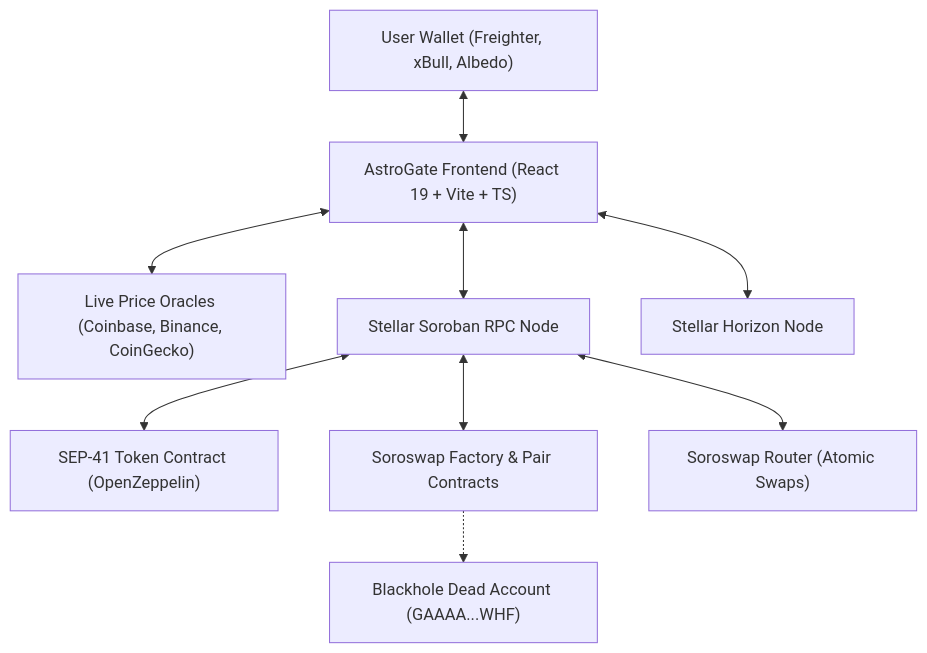
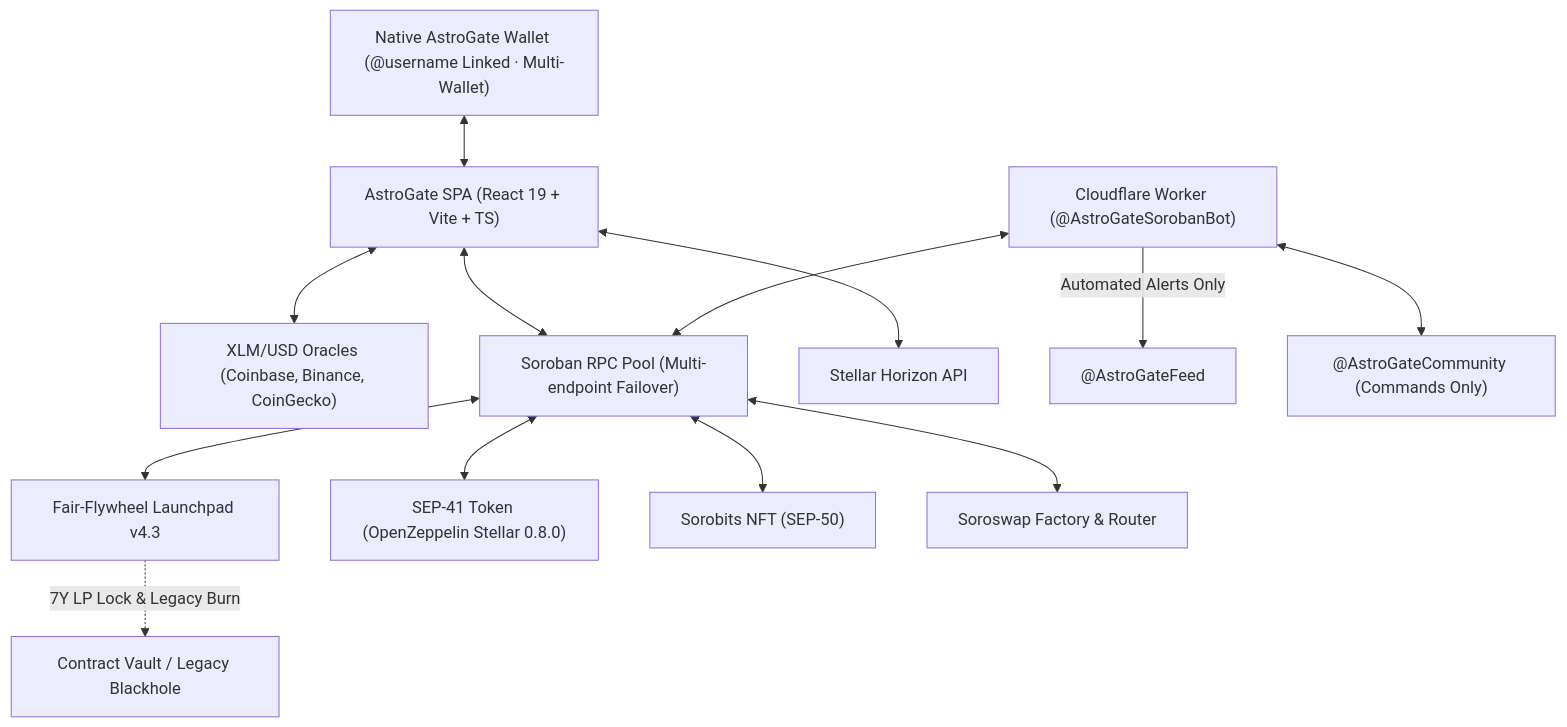
The diagram in README.md (NunaLabsDev/astrogate), drawn with Mermaid before and after one commit. The commit also changed other lines of this file and 183 other files, not shown here.

Commit message:
feat(v4.3): Fair-Flywheel 66/33/0.3/0.7, 7Y LP time-lock, Sorobits capsules & full docs sync [AI-generated]

````diff
--- a/README.md
+++ b/README.md
@@ -16,11 +35,15 @@
 ```mermaid
 flowchart TD
-    User["User Wallet (Freighter, xBull, Albedo)"] <--> Frontend["AstroGate Frontend (React 19 + Vite + TS)"]
-    Frontend <--> Oracles["Live Price Oracles (Coinbase, Binance, CoinGecko)"]
-    Frontend <--> RPC["Stellar Soroban RPC Node"]
-    Frontend <--> Horizon["Stellar Horizon Node"]
-    RPC <--> TokenContract["SEP-41 Token Contract (OpenZeppelin)"]
-    RPC <--> SoroswapFactory["Soroswap Factory & Pair Contracts"]
-    RPC <--> SoroswapRouter["Soroswap Router (Atomic Swaps)"]
-    SoroswapFactory -.-> DeadAccount["Blackhole Dead Account (GAAAA...WHF)"]
+    User["Native AstroGate Wallet (@username Linked · Multi-Wallet)"] <--> Frontend["AstroGate SPA (React 19 + Vite + TS)"]
+    Frontend <--> Oracles["XLM/USD Oracles (Coinbase, Binance, CoinGecko)"]
+    Frontend <--> RPC["Soroban RPC Pool (Multi-endpoint Failover)"]
+    Frontend <--> Horizon["Stellar Horizon API"]
+    RPC <--> Launchpad["Fair-Flywheel Launchpad v4.3"]
+    RPC <--> Token["SEP-41 Token (OpenZeppelin Stellar 0.8.0)"]
+    RPC <--> Sorobits["Sorobits NFT (SEP-50)"]
+    RPC <--> Soroswap["Soroswap Factory & Router"]
+    Launchpad -. "7Y LP Lock & Legacy Burn" .-> Blackhole["Contract Vault / Legacy Blackhole"]
+    Worker["Cloudflare Worker (@AstroGateSorobanBot)"] <--> RPC
+    Worker -- "Automated Alerts Only" --> Feed["@AstroGateFeed"]
+    Worker <--> Community["@AstroGateCommunity (Commands Only)"]
 ```
````
